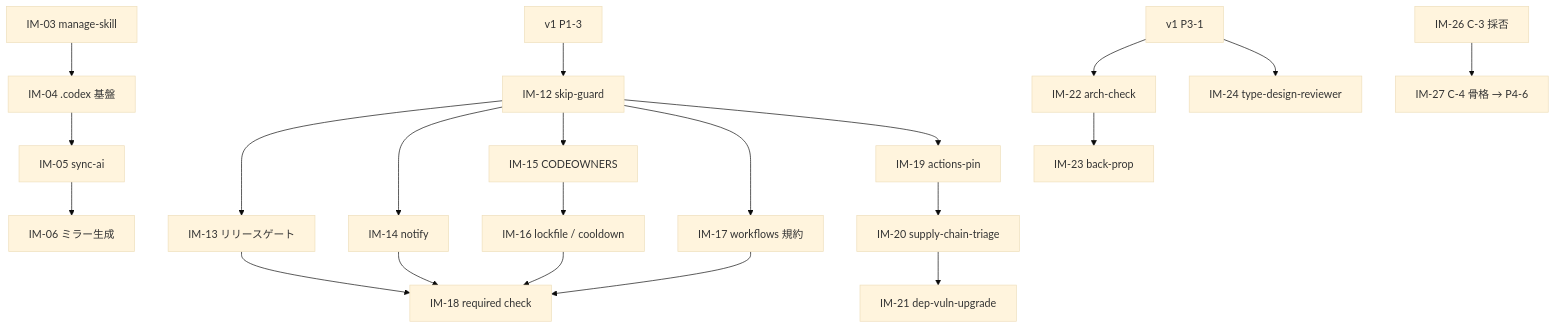
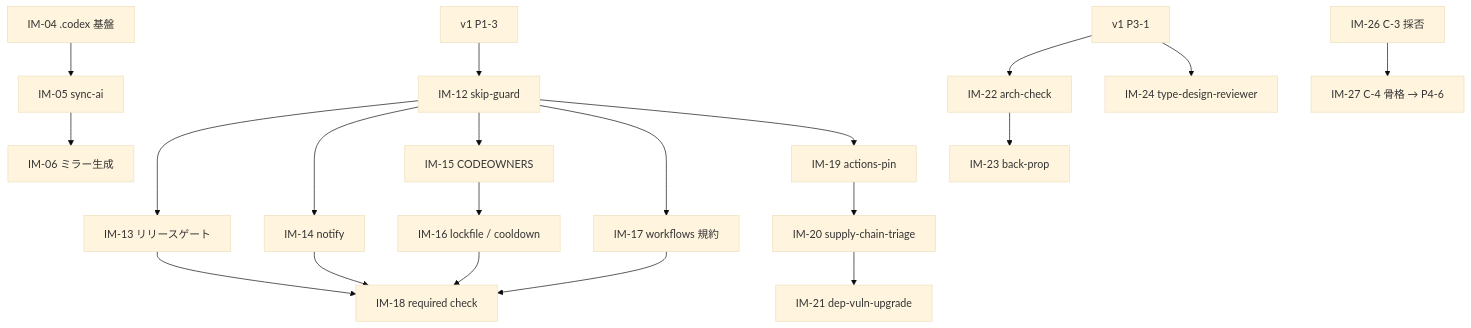
One commit to Tomy-ch/nextjs-boilerplate changed the diagram in docs/plan/go-boilerplate-import-plan.md. Above: the diagram before and after it, drawn with Mermaid (base theme). The commit also changed other lines of this file and 1 other file, not shown here.

````diff
--- a/docs/plan/go-boilerplate-import-plan.md
+++ b/docs/plan/go-boilerplate-import-plan.md
@@ -94,20 +87,19 @@
 ```mermaid
 flowchart TD
-  IM03["IM-03 manage-skill"] --> IM04["IM-04 .codex 基盤"]
-  IM04 --> IM05["IM-05 sync-ai"]
+  IM04["IM-04 .codex 基盤"] --> IM05["IM-05 sync-ai"]
   IM05 --> IM06["IM-06 ミラー生成"]
   P13["v1 P1-3"] --> IM12["IM-12 skip-guard"]
   IM12 --> IM13["IM-13 リリースゲート"]
   IM12 --> IM14["IM-14 notify"]
   IM12 --> IM15["IM-15 CODEOWNERS"]
   IM15 --> IM16["IM-16 lockfile / cooldown"]
   IM12 --> IM17["IM-17 workflows 規約"]
   IM13 & IM14 & IM16 & IM17 --> IM18["IM-18 required check"]
   IM12 --> IM19["IM-19 actions-pin"]
   IM19 --> IM20["IM-20 supply-chain-triage"]
   IM20 --> IM21["IM-21 dep-vuln-upgrade"]
   P31["v1 P3-1"] --> IM22["IM-22 arch-check"]
   IM22 --> IM23["IM-23 back-prop"]
   P31 --> IM24["IM-24 type-design-reviewer"]
   IM26["IM-26 C-3 採否"] --> IM27["IM-27 C-4 骨格 → P4-6"]
 ```
````
